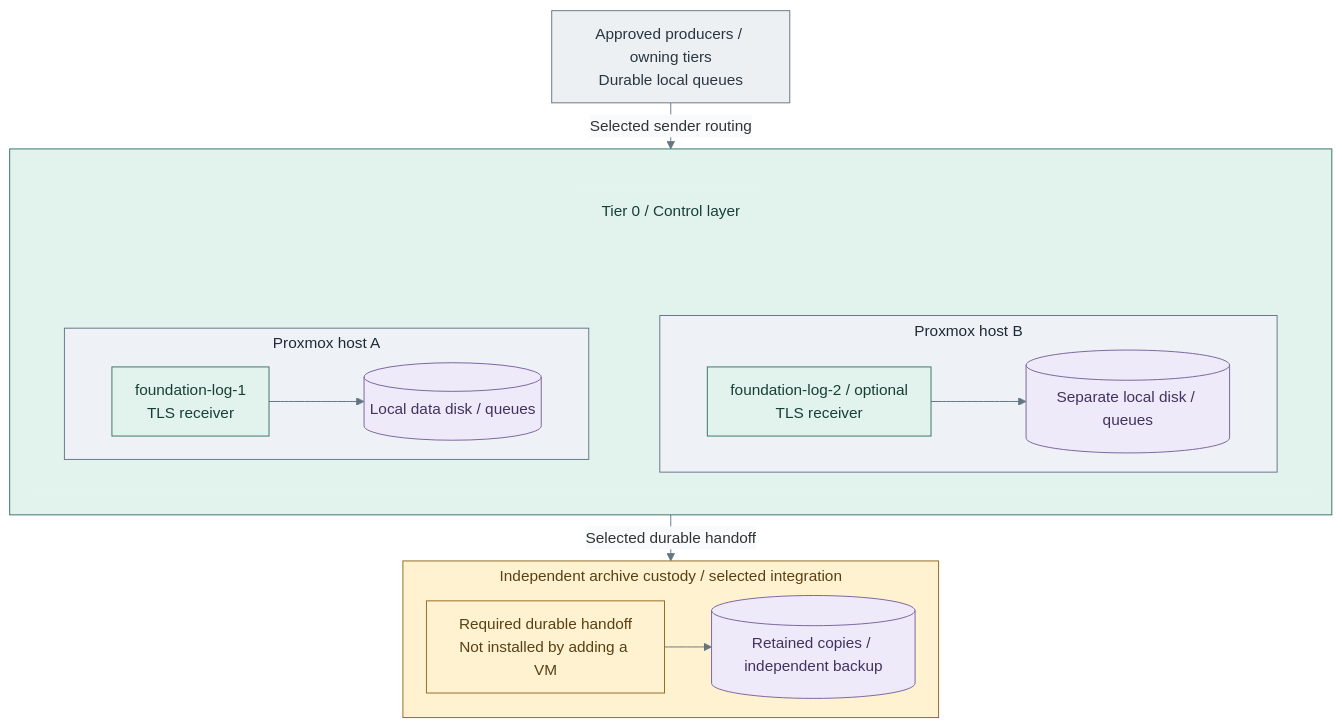
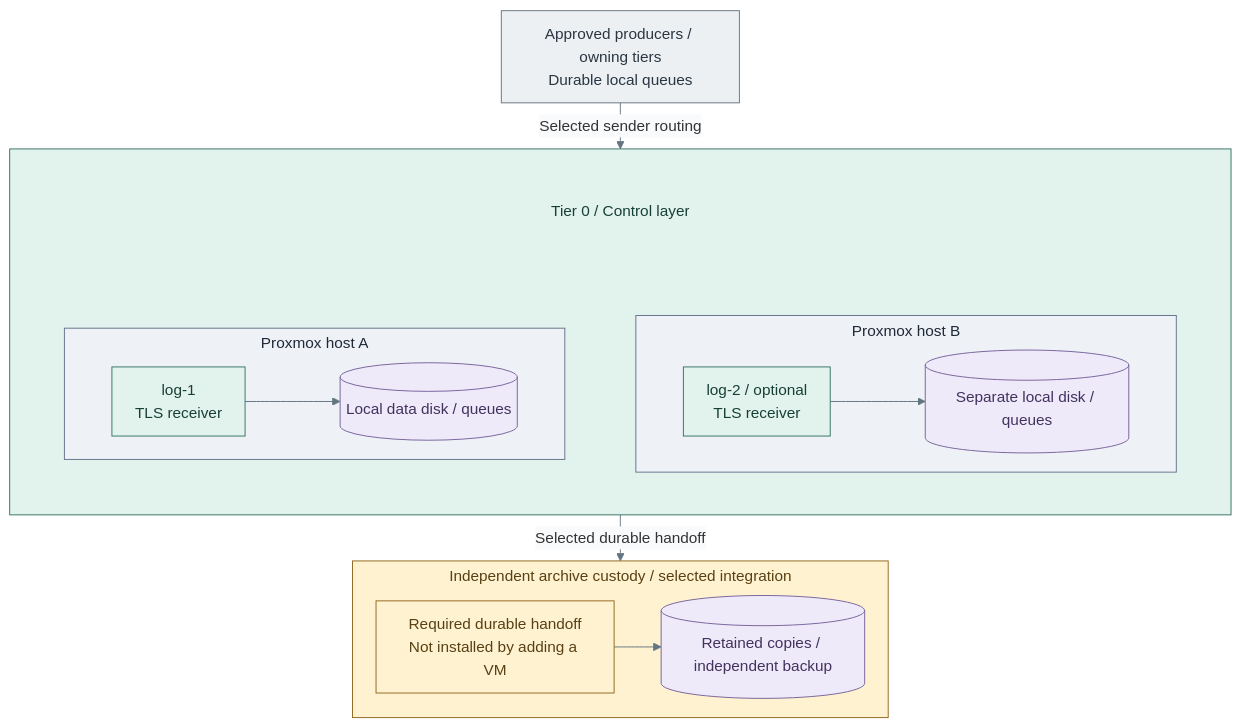
The diagram in docs/deployment/stage-1-logging/step-3b-redundant-intake.md (Rexus/homelab), drawn with Mermaid before and after one commit. The commit also changed other lines of this file and 60 other files, not shown here.

Commit message:
docs(diagrams): align architecture and deployment views with IaC

````diff
--- a/docs/deployment/stage-1-logging/step-3b-redundant-intake.md
+++ b/docs/deployment/stage-1-logging/step-3b-redundant-intake.md
@@ -16,47 +16,47 @@
 ```mermaid
 %%{init: {"theme":"base","flowchart":{"nodeSpacing":20,"rankSpacing":24,"padding":12,"subGraphTitleMargin":{"top":4,"bottom":12}},"themeVariables":{"lineColor":"#627581","edgeLabelBackground":"#f8fafc"}}}%%
 flowchart TB
   Sources["Approved producers / owning tiers<br/>Durable local queues"]
   subgraph T0[" "]
     direction TB
     T0Title["Tier 0 / Control layer"]
     subgraph Placement[" "]
       direction LR
       subgraph PVE1["Proxmox host A"]
         direction LR
-        VM1["foundation-log-1<br/>TLS receiver"]
+        VM1["log-1<br/>TLS receiver"]
         Disk1[("Local data disk / queues")]
         VM1 --> Disk1
       end
       subgraph PVE2["Proxmox host B"]
         direction LR
-        VM2["foundation-log-2 / optional<br/>TLS receiver"]
+        VM2["log-2 / optional<br/>TLS receiver"]
         Disk2[("Separate local disk / queues")]
         VM2 --> Disk2
       end
       PVE1 ~~~ PVE2
     end
     T0Title ~~~ Placement
   end
   subgraph Custody["Independent archive custody / selected integration"]
     direction LR
     Commit["Required durable handoff<br/>Not installed by adding a VM"]
     Copies[("Retained copies / independent backup")]
     Commit --> Copies
   end
   Sources -->|Selected sender routing| T0
   T0 -->|Selected durable handoff| Custody
   classDef default fill:#f8fafc,stroke:#64748b,color:#1f2937
   classDef boundary fill:#eef2f6,stroke:#64748b,color:#1f2937
   classDef actor fill:#edf0f3,stroke:#697682,color:#293642
   classDef control fill:#e2f3ed,stroke:#397366,color:#173f36
   classDef controlHeading fill:#e2f3ed,stroke:#e2f3ed,color:#173f36
   classDef data fill:#eeeafa,stroke:#78639b,color:#42325d
   classDef custody fill:#fff2d1,stroke:#926820,color:#584013
   class PVE1,PVE2 boundary
   class Sources actor
   class T0,VM1,VM2 control
   class T0Title,Placement controlHeading
   class Disk1,Disk2,Copies data
   class Custody,Commit custody
 ```
````
